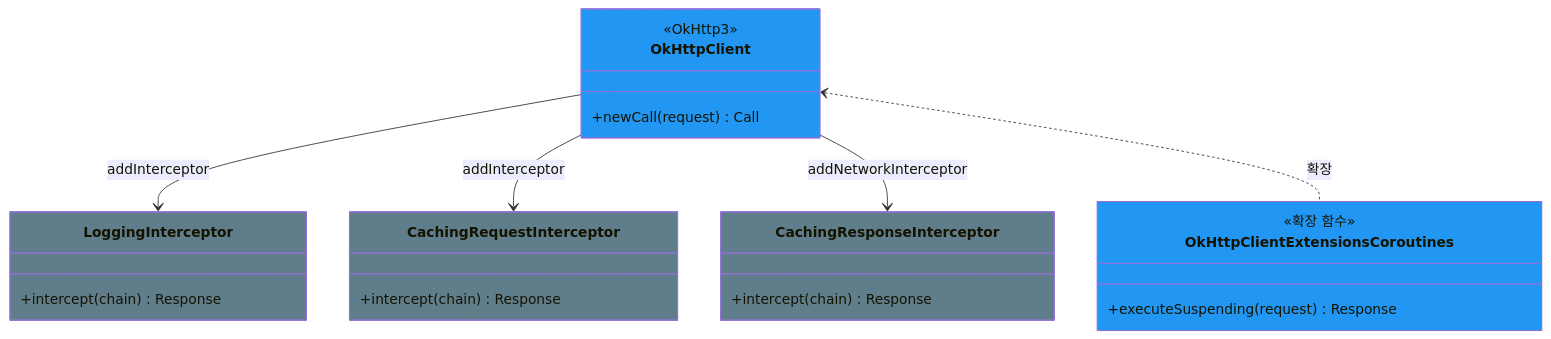
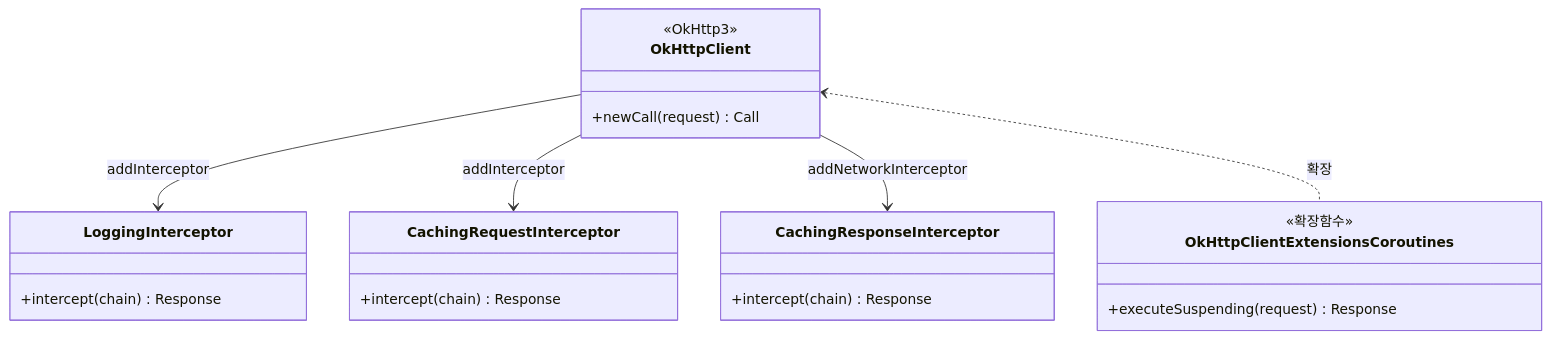
One commit to bluetape4k/bluetape4k-projects changed the second of 3 diagrams in io/http/README.md. Above: the diagram before and after it, drawn with Mermaid. The commit also changed other lines of this file and 95 other files, not shown here.

First line of the commit message:
docs: Mermaid 파서 오류 전체 수정 (IntelliJ IDEA 호환)

````diff
--- a/io/http/README.md
+++ b/io/http/README.md
@@ -216,32 +212,30 @@
 ```mermaid
 classDiagram
-    class OkHttpClient:::clientStyle {
+    class OkHttpClient {
         <<OkHttp3>>
         +newCall(request) Call
     }
 
-    class LoggingInterceptor:::infraStyle {
+    class LoggingInterceptor {
         +intercept(chain) Response
     }
 
-    class CachingRequestInterceptor:::infraStyle {
+    class CachingRequestInterceptor {
         +intercept(chain) Response
     }
 
-    class CachingResponseInterceptor:::infraStyle {
+    class CachingResponseInterceptor {
         +intercept(chain) Response
     }
 
-    class OkHttpClientExtensionsCoroutines:::clientStyle {
-        <<확장 함수>>
+    class OkHttpClientExtensionsCoroutines {
+        <<확장함수>>
         +executeSuspending(request) Response
     }
 
     OkHttpClient --> LoggingInterceptor : addInterceptor
     OkHttpClient --> CachingRequestInterceptor : addInterceptor
     OkHttpClient --> CachingResponseInterceptor : addNetworkInterceptor
     OkHttpClient <.. OkHttpClientExtensionsCoroutines : 확장
 
-    classDef clientStyle fill:#2196F3
-    classDef infraStyle  fill:#607D8B
 ```
````
